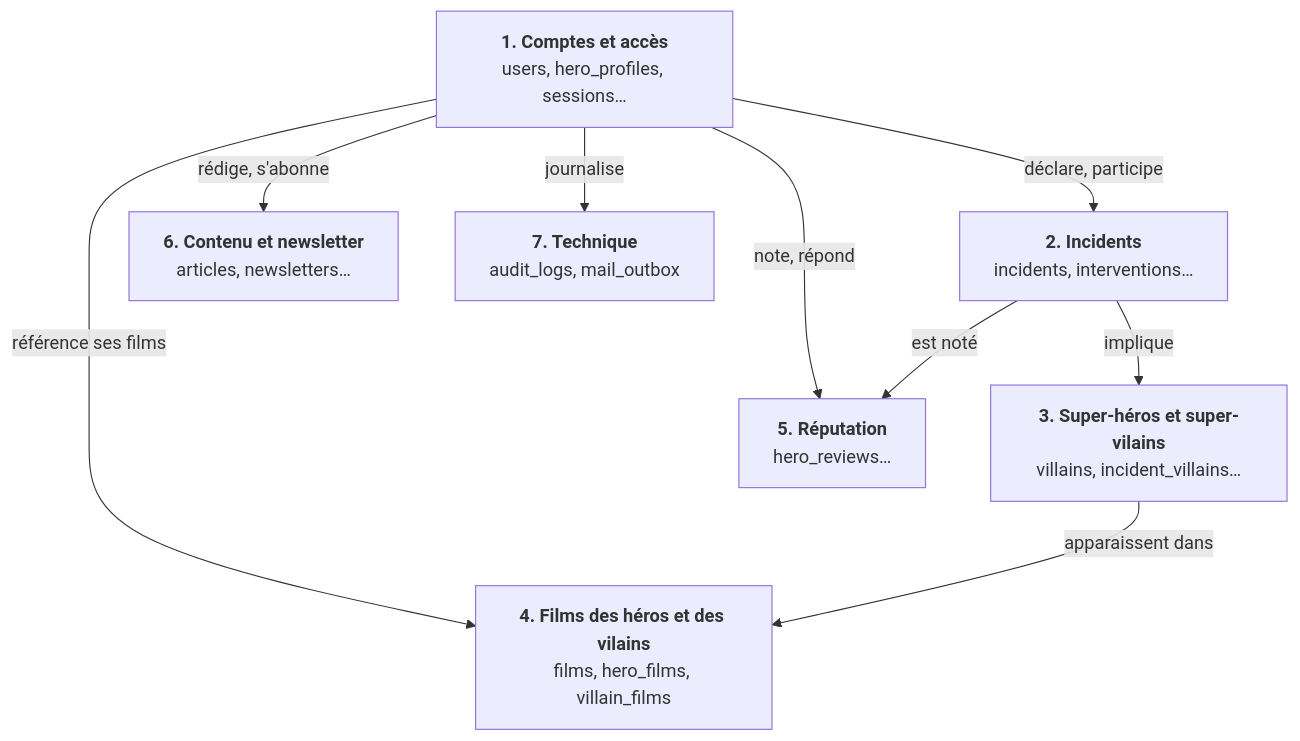
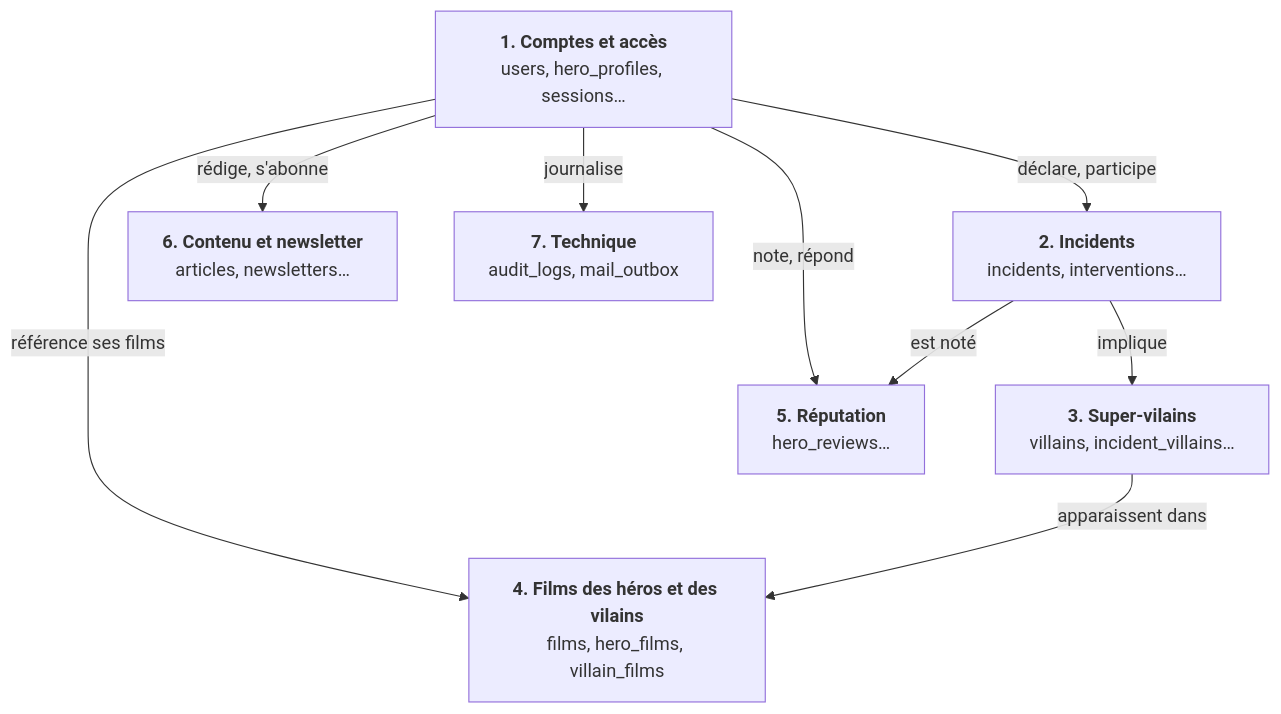
One commit to ashandcompany/heros-sos changed the diagram in backend/TABLES.md. Above: the diagram before and after it, drawn with Mermaid. The commit also changed other lines of this file, not shown here.

````diff
--- a/backend/TABLES.md
+++ b/backend/TABLES.md
@@ -21,19 +21,19 @@
 ```mermaid
 flowchart TB
     comptes["<b>1. Comptes et accès</b><br/>users, hero_profiles, sessions…"]
     incidents["<b>2. Incidents</b><br/>incidents, interventions…"]
     contenu["<b>6. Contenu et newsletter</b><br/>articles, newsletters…"]
     technique["<b>7. Technique</b><br/>audit_logs, mail_outbox"]
-    vilains["<b>3. Super-héros et super-vilains</b><br/>villains, incident_villains…"]
+    vilains["<b>3. Super-vilains</b><br/>villains, incident_villains…"]
     reputation["<b>5. Réputation</b><br/>hero_reviews…"]
     films["<b>4. Films des héros et des vilains</b><br/>films, hero_films, villain_films"]
 
     comptes -->|"déclare, participe"| incidents
     comptes -->|"rédige, s'abonne"| contenu
     comptes -->|"journalise"| technique
     comptes -->|"note, répond"| reputation
     comptes -->|"référence ses films"| films
     incidents -->|"implique"| vilains
     incidents -->|"est noté"| reputation
     vilains -->|"apparaissent dans"| films
 ```
````
